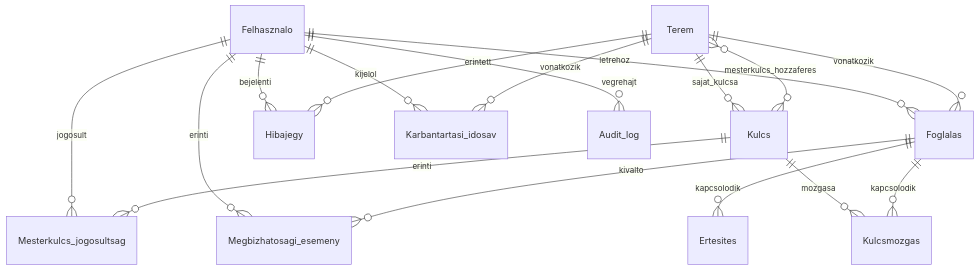
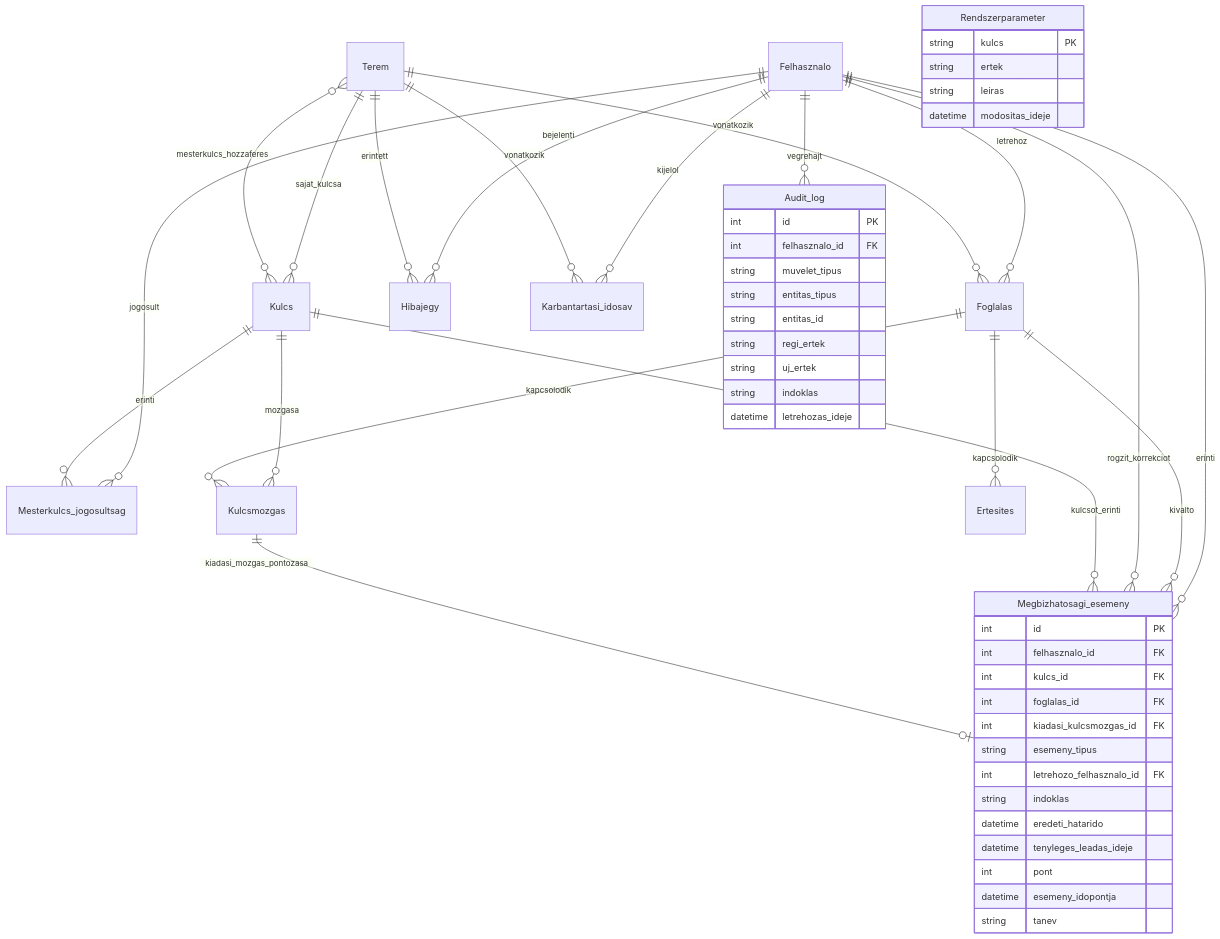
The first of 2 diagrams in projektterv.md (CsKitti24/ProjektLabor), drawn with Mermaid before and after one commit. The commit also changed other lines of this file and 3 other files, not shown here.

````diff
--- a/projektterv.md
+++ b/projektterv.md
@@ -138,27 +195,65 @@
 ```mermaid
 erDiagram
     Felhasznalo ||--o{ Foglalas : letrehoz
     Terem ||--o{ Foglalas : vonatkozik
 
     Terem ||--o{ Kulcs : sajat_kulcsa
     Kulcs }o--o{ Terem : mesterkulcs_hozzaferes
 
     Felhasznalo ||--o{ Mesterkulcs_jogosultsag : jogosult
     Kulcs ||--o{ Mesterkulcs_jogosultsag : erinti
 
     Kulcs ||--o{ Kulcsmozgas : mozgasa
     Foglalas ||--o{ Kulcsmozgas : kapcsolodik
 
     Felhasznalo ||--o{ Hibajegy : bejelenti
     Terem ||--o{ Hibajegy : erintett
 
     Felhasznalo ||--o{ Karbantartasi_idosav : kijelol
     Terem ||--o{ Karbantartasi_idosav : vonatkozik
 
     Felhasznalo ||--o{ Megbizhatosagi_esemeny : erinti
     Foglalas ||--o{ Megbizhatosagi_esemeny : kivalto
+    Felhasznalo ||--o{ Megbizhatosagi_esemeny : rogzit_korrekciot
+    Kulcs ||--o{ Megbizhatosagi_esemeny : kulcsot_erinti
+    Kulcsmozgas ||--o| Megbizhatosagi_esemeny : kiadasi_mozgas_pontozasa
 
     Foglalas ||--o{ Ertesites : kapcsolodik
 
     Felhasznalo ||--o{ Audit_log : vegrehajt
+
+    Megbizhatosagi_esemeny {
+        int id PK
+        int felhasznalo_id FK
+        int kulcs_id FK
+        int foglalas_id FK
+        int kiadasi_kulcsmozgas_id FK
+        string esemeny_tipus
+        int letrehozo_felhasznalo_id FK
+        string indoklas
+        datetime eredeti_hatarido
+        datetime tenyleges_leadas_ideje
+        int pont
+        datetime esemeny_idopontja
+        string tanev
+    }
+
+    Audit_log {
+        int id PK
+        int felhasznalo_id FK
+        string muvelet_tipus
+        string entitas_tipus
+        string entitas_id
+        string regi_ertek
+        string uj_ertek
+        string indoklas
+        datetime letrehozas_ideje
+    }
+
+    Rendszerparameter {
+        string kulcs PK
+        string ertek
+        string leiras
+        datetime modositas_ideje
+    }
 ```
````
